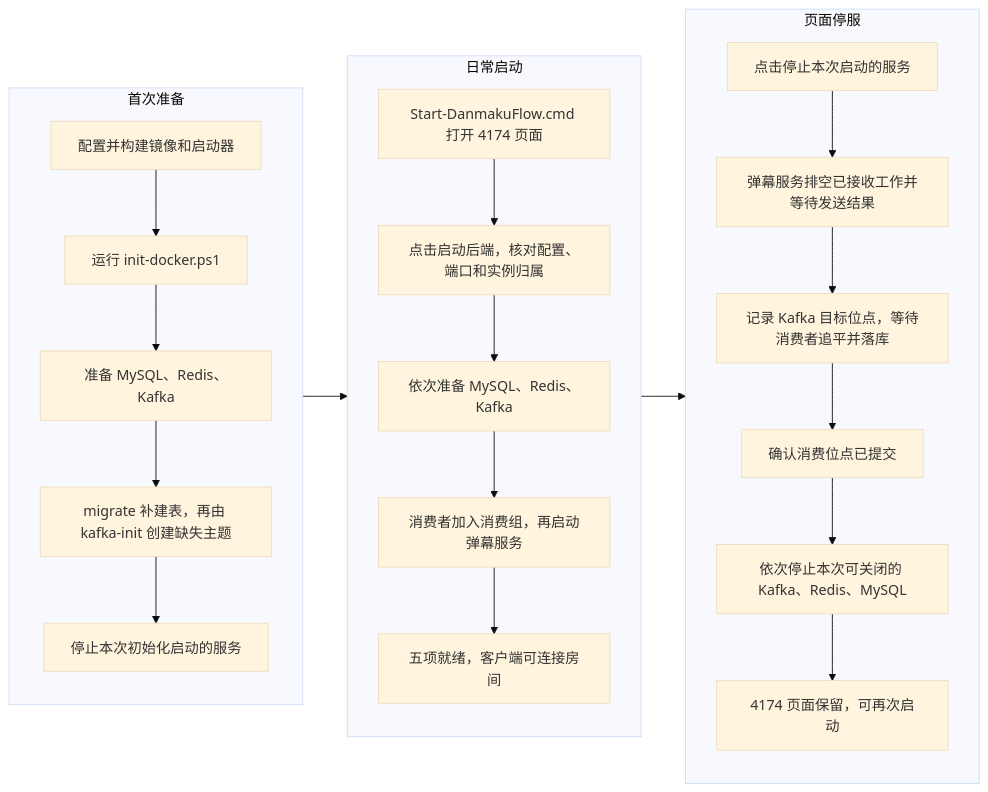
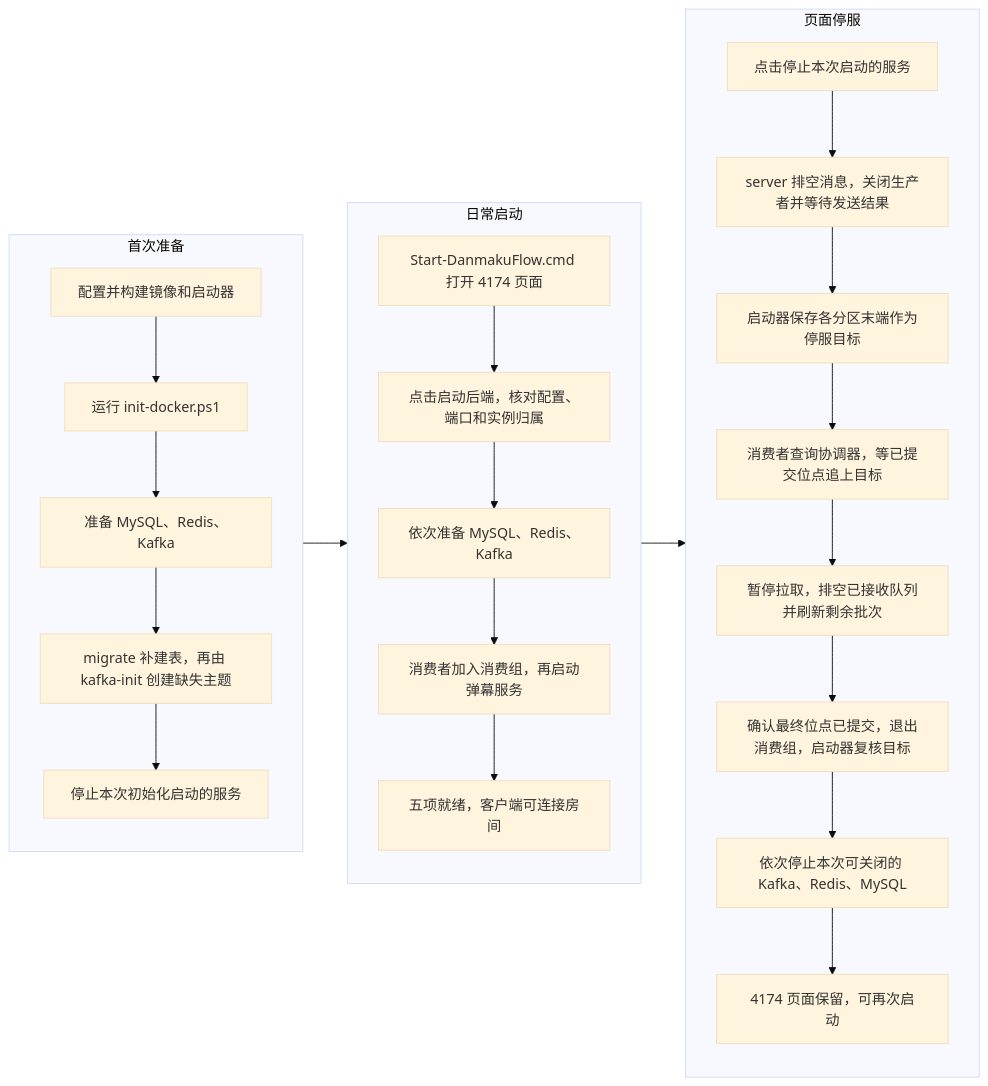
The sixth of 6 diagrams in README.md (JavaLyHn/DanmakuFlow), drawn with Mermaid (base theme) before and after one commit. The commit also changed other lines of this file, not shown here.

Commit message:
docs: trace Kafka acknowledgments, offset commits and crash replay

````diff
--- a/README.md
+++ b/README.md
@@ -79,27 +125,29 @@
 ```mermaid
 flowchart LR
     subgraph first["首次准备"]
         direction TB
         build["配置并构建镜像和启动器"] --> init["运行 init-docker.ps1"]
         init --> infra["准备 MySQL、Redis、Kafka"]
         infra --> jobs["migrate 补建表，再由 kafka-init 创建缺失主题"]
         jobs --> settled["停止本次初始化启动的服务"]
     end
     subgraph startPhase["日常启动"]
         direction TB
         openPage["Start-DanmakuFlow.cmd 打开 4174 页面"] --> start["点击启动后端，核对配置、端口和实例归属"]
         start --> deps["依次准备 MySQL、Redis、Kafka"]
         deps --> apps["消费者加入消费组，再启动弹幕服务"]
         apps --> ready["五项就绪，客户端可连接房间"]
     end
     subgraph stopPhase["页面停服"]
         direction TB
-        stop["点击停止本次启动的服务"] --> drain["弹幕服务排空已接收工作并等待发送结果"]
-        drain --> target["记录 Kafka 目标位点，等待消费者追平并落库"]
-        target --> ack["确认消费位点已提交"]
+        stop["点击停止本次启动的服务"] --> drain["server 排空消息，关闭生产者并等待发送结果"]
+        drain --> target["启动器保存各分区末端作为停服目标"]
+        target --> caughtUp["消费者查询协调器，等已提交位点追上目标"]
+        caughtUp --> quiesce["暂停拉取，排空已接收队列并刷新剩余批次"]
+        quiesce --> ack["确认最终位点已提交，退出消费组，启动器复核目标"]
         ack --> shutdown["依次停止本次可关闭的 Kafka、Redis、MySQL"]
         shutdown --> idle["4174 页面保留，可再次启动"]
     end
     first --> startPhase
     startPhase --> stopPhase
 ```
````
